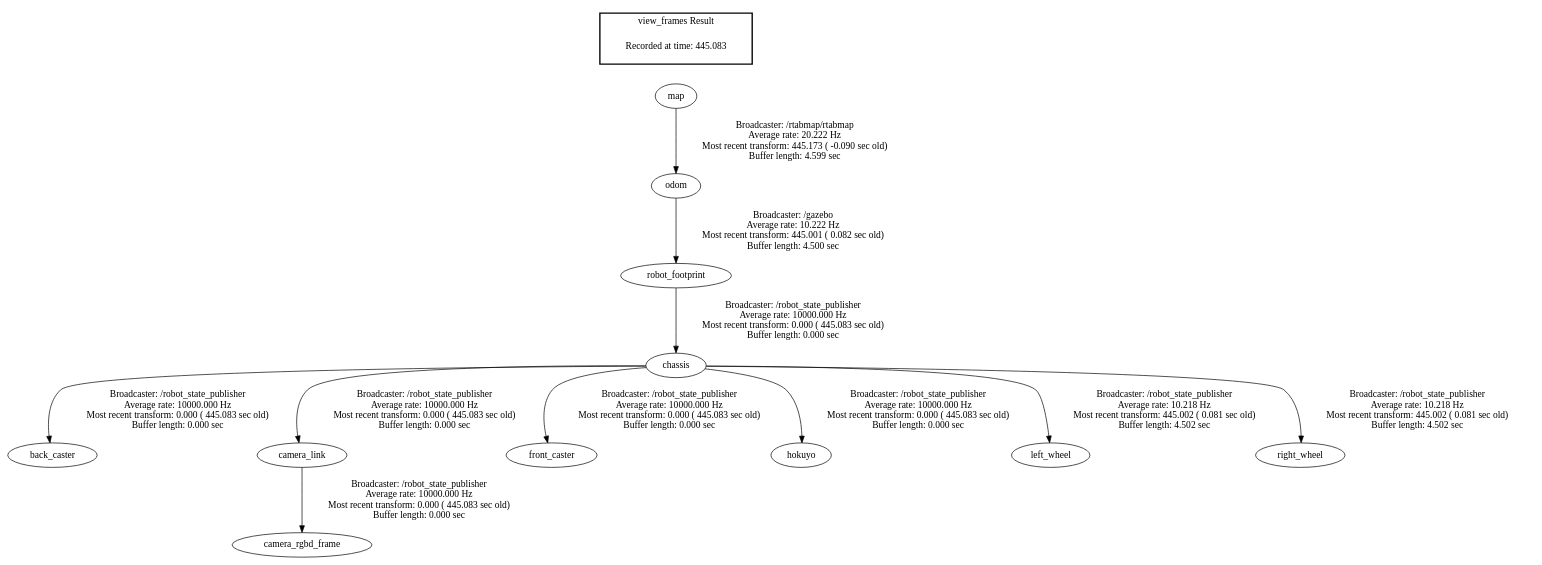
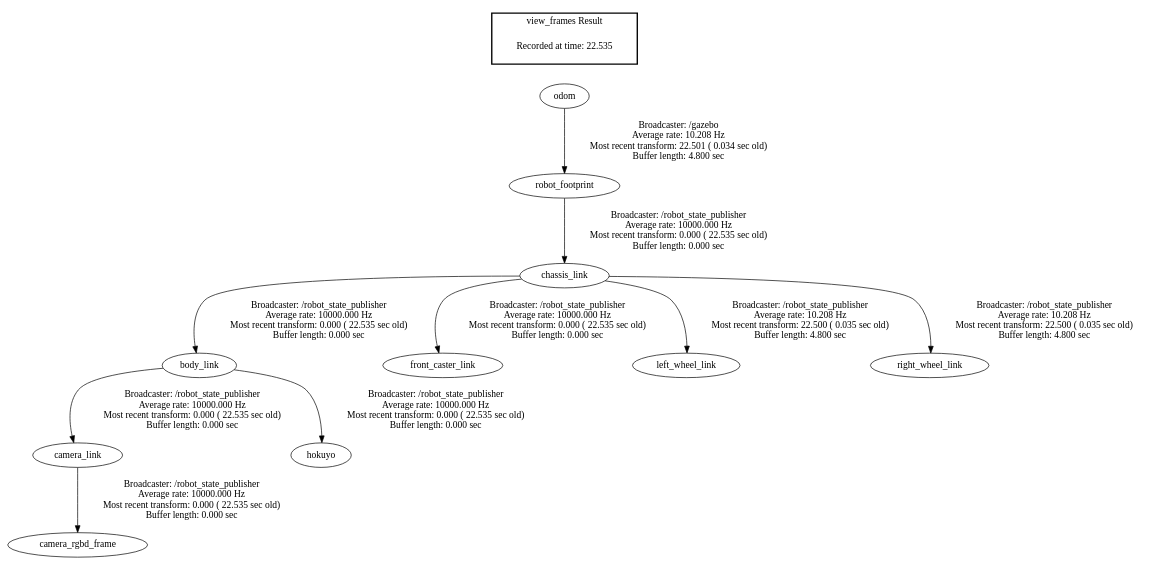
Before and after one commit to mahulo2009/RoboND-Map-Project: the diagram in docs/frames.gv, drawn with Graphviz. The commit also changed 4 other files, not shown here.

```diff
--- a/docs/frames.gv
+++ b/docs/frames.gv
@@ -1,16 +1,15 @@
 digraph G {
-"chassis" -> "back_caster"[label="Broadcaster: /robot_state_publisher\nAverage rate: 10000.000 Hz\nMost recent transform: 0.000 ( 445.083 sec old)\nBuffer length: 0.000 sec\n"];
-"robot_footprint" -> "chassis"[label="Broadcaster: /robot_state_publisher\nAverage rate: 10000.000 Hz\nMost recent transform: 0.000 ( 445.083 sec old)\nBuffer length: 0.000 sec\n"];
-"chassis" -> "camera_link"[label="Broadcaster: /robot_state_publisher\nAverage rate: 10000.000 Hz\nMost recent transform: 0.000 ( 445.083 sec old)\nBuffer length: 0.000 sec\n"];
-"camera_link" -> "camera_rgbd_frame"[label="Broadcaster: /robot_state_publisher\nAverage rate: 10000.000 Hz\nMost recent transform: 0.000 ( 445.083 sec old)\nBuffer length: 0.000 sec\n"];
-"chassis" -> "front_caster"[label="Broadcaster: /robot_state_publisher\nAverage rate: 10000.000 Hz\nMost recent transform: 0.000 ( 445.083 sec old)\nBuffer length: 0.000 sec\n"];
-"chassis" -> "hokuyo"[label="Broadcaster: /robot_state_publisher\nAverage rate: 10000.000 Hz\nMost recent transform: 0.000 ( 445.083 sec old)\nBuffer length: 0.000 sec\n"];
-"odom" -> "robot_footprint"[label="Broadcaster: /gazebo\nAverage rate: 10.222 Hz\nMost recent transform: 445.001 ( 0.082 sec old)\nBuffer length: 4.500 sec\n"];
-"map" -> "odom"[label="Broadcaster: /rtabmap/rtabmap\nAverage rate: 20.222 Hz\nMost recent transform: 445.173 ( -0.090 sec old)\nBuffer length: 4.599 sec\n"];
-"chassis" -> "left_wheel"[label="Broadcaster: /robot_state_publisher\nAverage rate: 10.218 Hz\nMost recent transform: 445.002 ( 0.081 sec old)\nBuffer length: 4.502 sec\n"];
-"chassis" -> "right_wheel"[label="Broadcaster: /robot_state_publisher\nAverage rate: 10.218 Hz\nMost recent transform: 445.002 ( 0.081 sec old)\nBuffer length: 4.502 sec\n"];
+"chassis_link" -> "body_link"[label="Broadcaster: /robot_state_publisher\nAverage rate: 10000.000 Hz\nMost recent transform: 0.000 ( 22.535 sec old)\nBuffer length: 0.000 sec\n"];
+"robot_footprint" -> "chassis_link"[label="Broadcaster: /robot_state_publisher\nAverage rate: 10000.000 Hz\nMost recent transform: 0.000 ( 22.535 sec old)\nBuffer length: 0.000 sec\n"];
+"body_link" -> "camera_link"[label="Broadcaster: /robot_state_publisher\nAverage rate: 10000.000 Hz\nMost recent transform: 0.000 ( 22.535 sec old)\nBuffer length: 0.000 sec\n"];
+"camera_link" -> "camera_rgbd_frame"[label="Broadcaster: /robot_state_publisher\nAverage rate: 10000.000 Hz\nMost recent transform: 0.000 ( 22.535 sec old)\nBuffer length: 0.000 sec\n"];
+"chassis_link" -> "front_caster_link"[label="Broadcaster: /robot_state_publisher\nAverage rate: 10000.000 Hz\nMost recent transform: 0.000 ( 22.535 sec old)\nBuffer length: 0.000 sec\n"];
+"body_link" -> "hokuyo"[label="Broadcaster: /robot_state_publisher\nAverage rate: 10000.000 Hz\nMost recent transform: 0.000 ( 22.535 sec old)\nBuffer length: 0.000 sec\n"];
+"odom" -> "robot_footprint"[label="Broadcaster: /gazebo\nAverage rate: 10.208 Hz\nMost recent transform: 22.501 ( 0.034 sec old)\nBuffer length: 4.800 sec\n"];
+"chassis_link" -> "left_wheel_link"[label="Broadcaster: /robot_state_publisher\nAverage rate: 10.208 Hz\nMost recent transform: 22.500 ( 0.035 sec old)\nBuffer length: 4.800 sec\n"];
+"chassis_link" -> "right_wheel_link"[label="Broadcaster: /robot_state_publisher\nAverage rate: 10.208 Hz\nMost recent transform: 22.500 ( 0.035 sec old)\nBuffer length: 4.800 sec\n"];
 edge [style=invis];
  subgraph cluster_legend { style=bold; color=black; label ="view_frames Result";
-"Recorded at time: 445.083"[ shape=plaintext ] ;
- }->"map";
+"Recorded at time: 22.535"[ shape=plaintext ] ;
+ }->"odom";
 }
```
